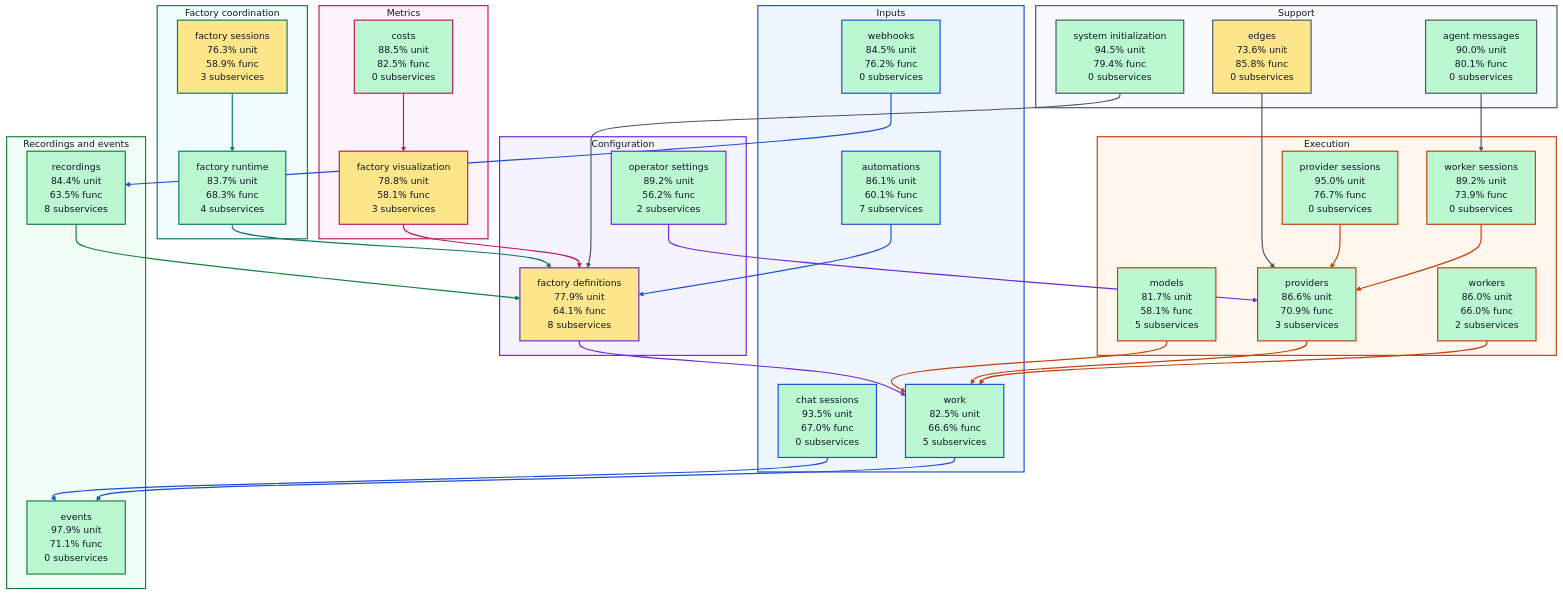
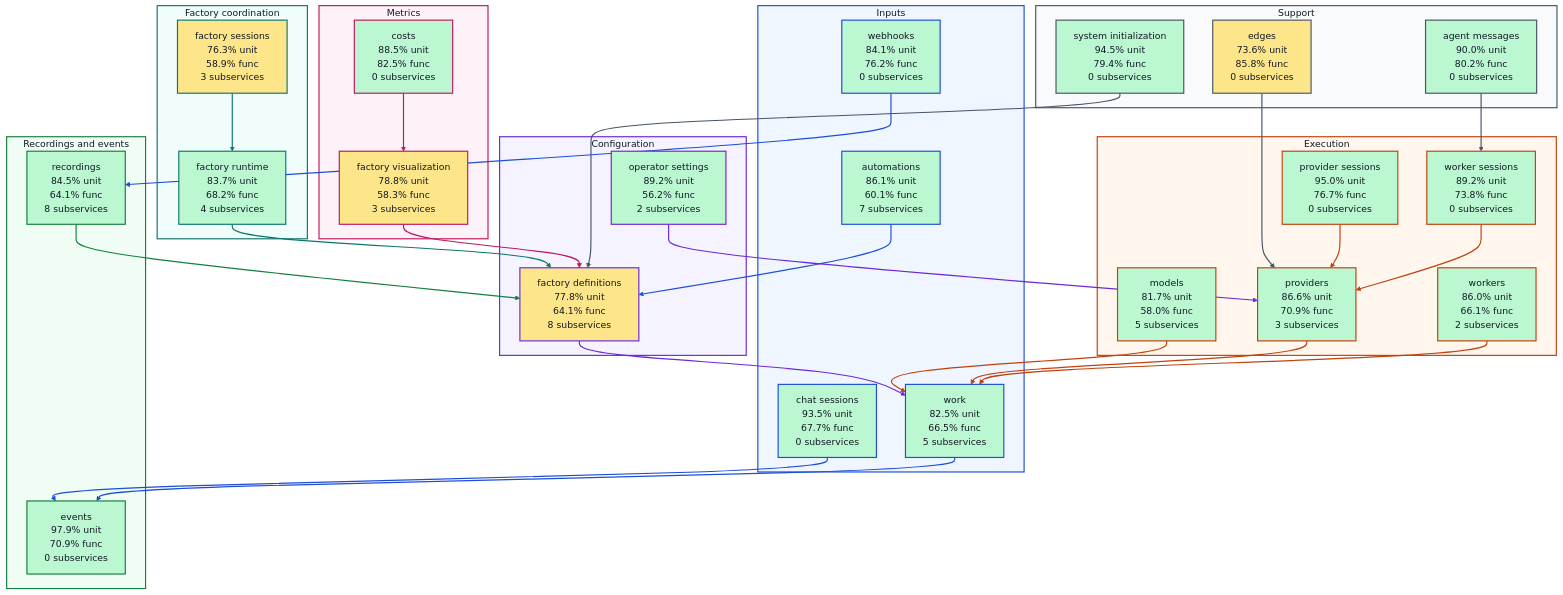
One commit to portpowered/you-agent-factory changed the diagram in docs/architecture/visualizations/high-level-test-coverage.md. Above: the diagram before and after it, drawn with Mermaid (neutral theme). The commit also changed other lines of this file and 21 other files, not shown here.

Commit message:
docs: refresh backend architecture visualizations

```diff
--- a/docs/architecture/visualizations/high-level-test-coverage.md
+++ b/docs/architecture/visualizations/high-level-test-coverage.md
@@ -12,35 +12,35 @@
 flowchart TB
   subgraph input["Inputs"]
     s_services_automations["automations<br/>86.1% unit<br/>60.1% func<br/>7 subservices"]
-    s_services_chat_sessions["chat sessions<br/>93.5% unit<br/>67.0% func<br/>0 subservices"]
-    s_services_webhooks["webhooks<br/>84.5% unit<br/>76.2% func<br/>0 subservices"]
-    s_services_work["work<br/>82.5% unit<br/>66.6% func<br/>5 subservices"]
+    s_services_chat_sessions["chat sessions<br/>93.5% unit<br/>67.7% func<br/>0 subservices"]
+    s_services_webhooks["webhooks<br/>84.1% unit<br/>76.2% func<br/>0 subservices"]
+    s_services_work["work<br/>82.5% unit<br/>66.5% func<br/>5 subservices"]
   end
   subgraph configuration["Configuration"]
-    s_services_factory_definitions["factory definitions<br/>77.9% unit<br/>64.1% func<br/>8 subservices"]
+    s_services_factory_definitions["factory definitions<br/>77.8% unit<br/>64.1% func<br/>8 subservices"]
     s_services_operator_settings["operator settings<br/>89.2% unit<br/>56.2% func<br/>2 subservices"]
   end
   subgraph coordination["Factory coordination"]
-    s_services_factory_runtime["factory runtime<br/>83.7% unit<br/>68.3% func<br/>4 subservices"]
+    s_services_factory_runtime["factory runtime<br/>83.7% unit<br/>68.2% func<br/>4 subservices"]
     s_services_factory_sessions["factory sessions<br/>76.3% unit<br/>58.9% func<br/>3 subservices"]
   end
   subgraph execution["Execution"]
-    s_services_models["models<br/>81.7% unit<br/>58.1% func<br/>5 subservices"]
+    s_services_models["models<br/>81.7% unit<br/>58.0% func<br/>5 subservices"]
     s_services_provider_sessions["provider sessions<br/>95.0% unit<br/>76.7% func<br/>0 subservices"]
     s_services_providers["providers<br/>86.6% unit<br/>70.9% func<br/>3 subservices"]
-    s_services_worker_sessions["worker sessions<br/>89.2% unit<br/>73.9% func<br/>0 subservices"]
-    s_services_workers["workers<br/>86.0% unit<br/>66.0% func<br/>2 subservices"]
+    s_services_worker_sessions["worker sessions<br/>89.2% unit<br/>73.8% func<br/>0 subservices"]
+    s_services_workers["workers<br/>86.0% unit<br/>66.1% func<br/>2 subservices"]
   end
   subgraph recordings["Recordings and events"]
-    s_services_events["events<br/>97.9% unit<br/>71.1% func<br/>0 subservices"]
-    s_services_recordings["recordings<br/>84.4% unit<br/>63.5% func<br/>8 subservices"]
+    s_services_events["events<br/>97.9% unit<br/>70.9% func<br/>0 subservices"]
+    s_services_recordings["recordings<br/>84.5% unit<br/>64.1% func<br/>8 subservices"]
   end
   subgraph metrics["Metrics"]
     s_services_costs["costs<br/>88.5% unit<br/>82.5% func<br/>0 subservices"]
-    s_services_factory_visualization["factory visualization<br/>78.8% unit<br/>58.1% func<br/>3 subservices"]
+    s_services_factory_visualization["factory visualization<br/>78.8% unit<br/>58.3% func<br/>3 subservices"]
   end
   subgraph support["Support"]
-    s_services_agent_messages["agent messages<br/>90.0% unit<br/>80.1% func<br/>0 subservices"]
+    s_services_agent_messages["agent messages<br/>90.0% unit<br/>80.2% func<br/>0 subservices"]
     s_services_edges["edges<br/>73.6% unit<br/>85.8% func<br/>0 subservices"]
     s_services_system_initialization["system initialization<br/>94.5% unit<br/>79.4% func<br/>0 subservices"]
   end
```
